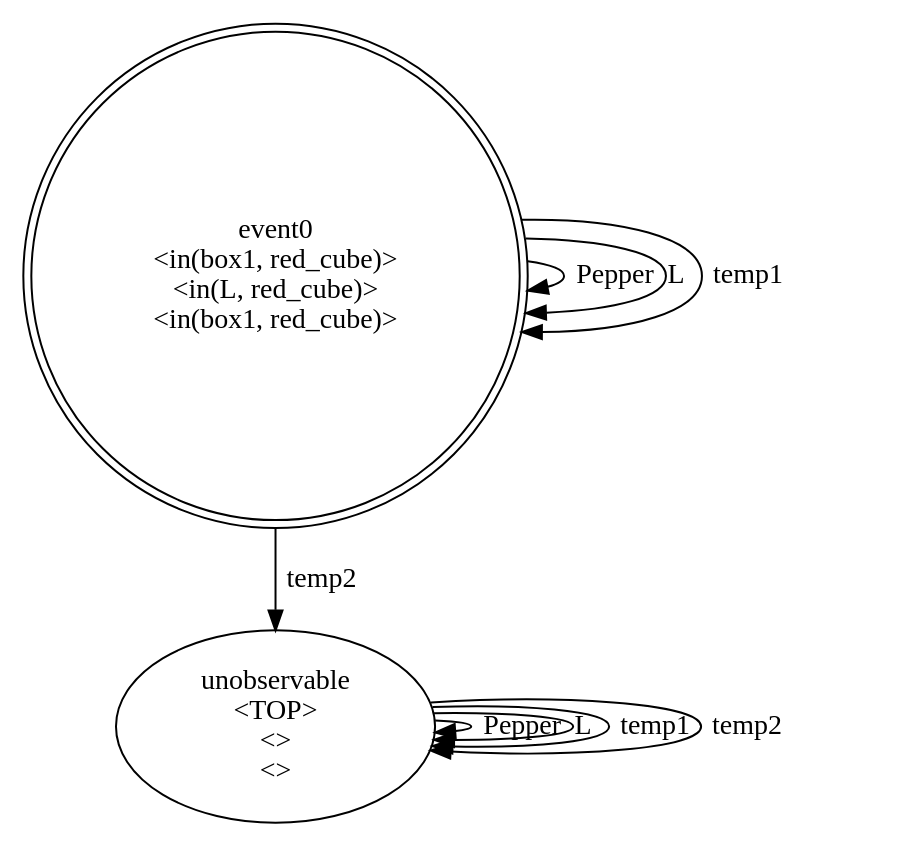
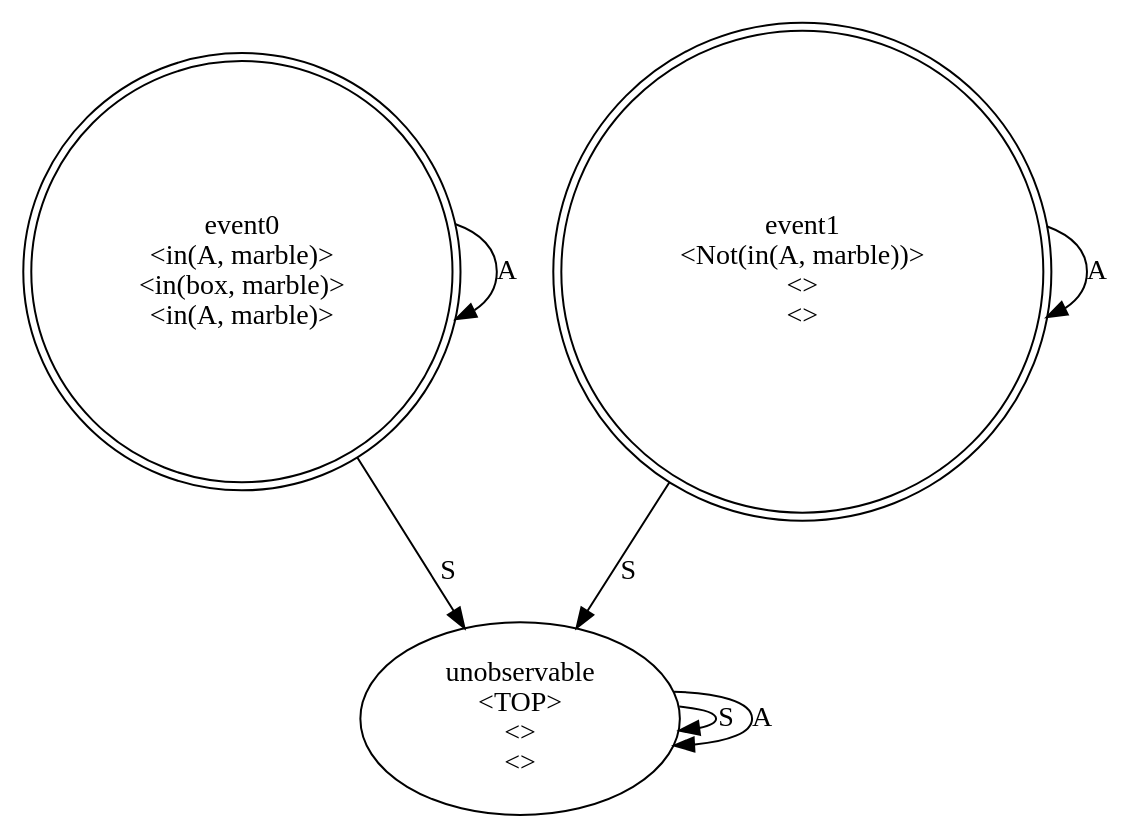
One commit to Zeltex/Implicit_Coordination changed the diagram in action.dot. Above: the diagram before and after it, drawn with Graphviz. The commit also changed 32 other files, not shown here.

```diff
--- a/action.dot
+++ b/action.dot
@@ -1,18 +1,20 @@
 digraph G {
 s0[label="event0
-<in(box1, red_cube)>
-<in(L, red_cube)>
-<in(box1, red_cube)>", shape=doublecircle];
-s1[label="unobservable
+<in(A, marble)>
+<in(box, marble)>
+<in(A, marble)>", shape=doublecircle];
+s1[label="event1
+<Not(in(A, marble))>
+<>
+<>", shape=doublecircle];
+s2[label="unobservable
 <TOP>
 <>
 <>"];
-s0 -> s0[label="Pepper"];
-s1 -> s1[label="Pepper"];
-s0 -> s0[label="L"];
-s1 -> s1[label="L"];
-s0 -> s0[label="temp1"];
-s1 -> s1[label="temp1"];
-s1 -> s1[label="temp2"];
-s0 -> s1[label="temp2"];
+s2 -> s2[label="S"];
+s0 -> s2[label="S"];
+s1 -> s2[label="S"];
+s0 -> s0[label="A"];
+s1 -> s1[label="A"];
+s2 -> s2[label="A"];
 }
```
